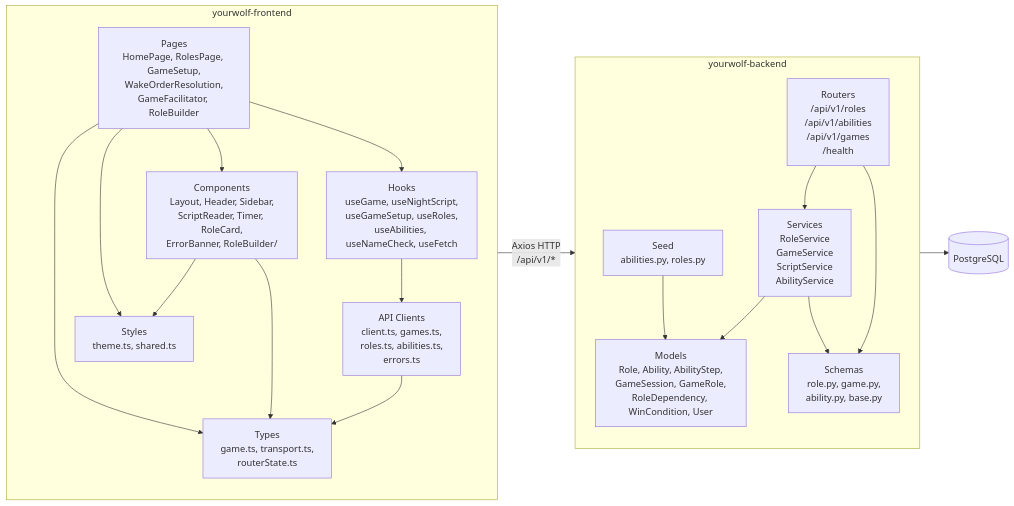
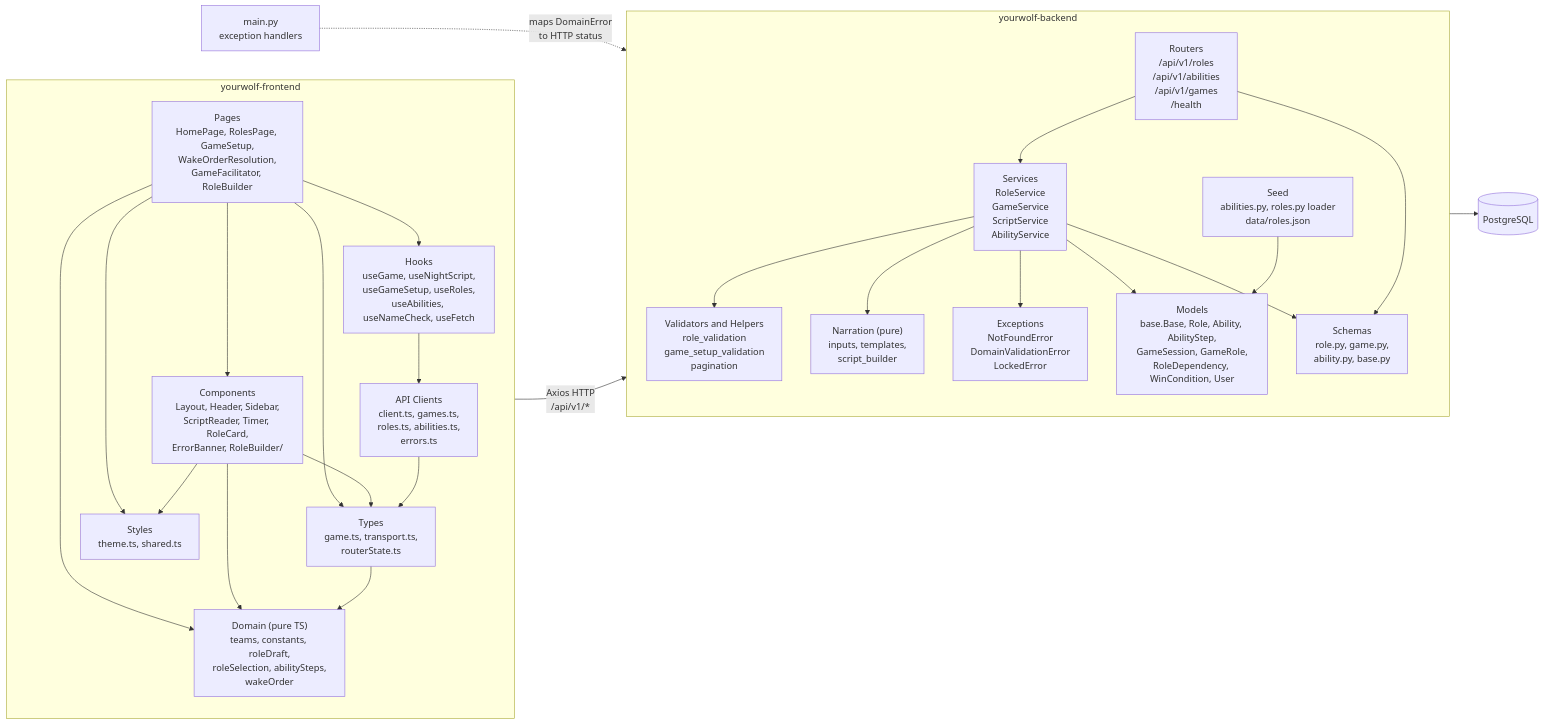
The second of 3 diagrams in docs/ARCHITECTURE.md (threnjen/yourwolf-monorepo), drawn with Mermaid before and after one commit. The commit also changed other lines of this file and 8 other files, not shown here.

````diff
--- a/docs/ARCHITECTURE.md
+++ b/docs/ARCHITECTURE.md
@@ -30,39 +30,51 @@
 ```mermaid
 flowchart LR
     subgraph Frontend["yourwolf-frontend"]
         direction TB
         Pages["Pages<br>HomePage, RolesPage, GameSetup,<br>WakeOrderResolution,<br>GameFacilitator, RoleBuilder"]
         Components["Components<br>Layout, Header, Sidebar,<br>ScriptReader, Timer, RoleCard,<br>ErrorBanner, RoleBuilder/"]
         Hooks["Hooks<br>useGame, useNightScript,<br>useGameSetup, useRoles,<br>useAbilities, useNameCheck, useFetch"]
         API["API Clients<br>client.ts, games.ts,<br>roles.ts, abilities.ts,<br>errors.ts"]
         Types["Types<br>game.ts, transport.ts,<br>routerState.ts"]
+        Domain["Domain (pure TS)<br>teams, constants, roleDraft,<br>roleSelection, abilitySteps,<br>wakeOrder"]
         Styles["Styles<br>theme.ts, shared.ts"]
 
         Pages --> Components
         Pages --> Hooks
         Hooks --> API
         Pages --> Types
         Components --> Types
         API --> Types
+        Pages --> Domain
+        Components --> Domain
+        Types --> Domain
         Pages --> Styles
         Components --> Styles
     end
 
     subgraph Backend["yourwolf-backend"]
         direction TB
         Routers["Routers<br>/api/v1/roles<br>/api/v1/abilities<br>/api/v1/games<br>/health"]
         Services["Services<br>RoleService<br>GameService<br>ScriptService<br>AbilityService"]
-        Models["Models<br>Role, Ability, AbilityStep,<br>GameSession, GameRole,<br>RoleDependency, WinCondition, User"]
+        Validators["Validators and Helpers<br>role_validation<br>game_setup_validation<br>pagination"]
+        Narration["Narration (pure)<br>inputs, templates,<br>script_builder"]
+        Exceptions["Exceptions<br>NotFoundError<br>DomainValidationError<br>LockedError"]
+        Models["Models<br>base.Base, Role, Ability, AbilityStep,<br>GameSession, GameRole,<br>RoleDependency, WinCondition, User"]
         Schemas["Schemas<br>role.py, game.py,<br>ability.py, base.py"]
-        Seed["Seed<br>abilities.py, roles.py"]
+        Seed["Seed<br>abilities.py, roles.py loader<br>data/roles.json"]
 
         Routers --> Services
+        Services --> Validators
+        Services --> Narration
+        Services --> Exceptions
         Services --> Models
         Routers --> Schemas
         Services --> Schemas
         Seed --> Models
     end
 
+    Main["main.py<br>exception handlers"] -.->|"maps DomainError<br>to HTTP status"| Exceptions
+
     API -->|"Axios HTTP<br>/api/v1/*"| Routers
     Models --> DB[(PostgreSQL)]
 ```
````
